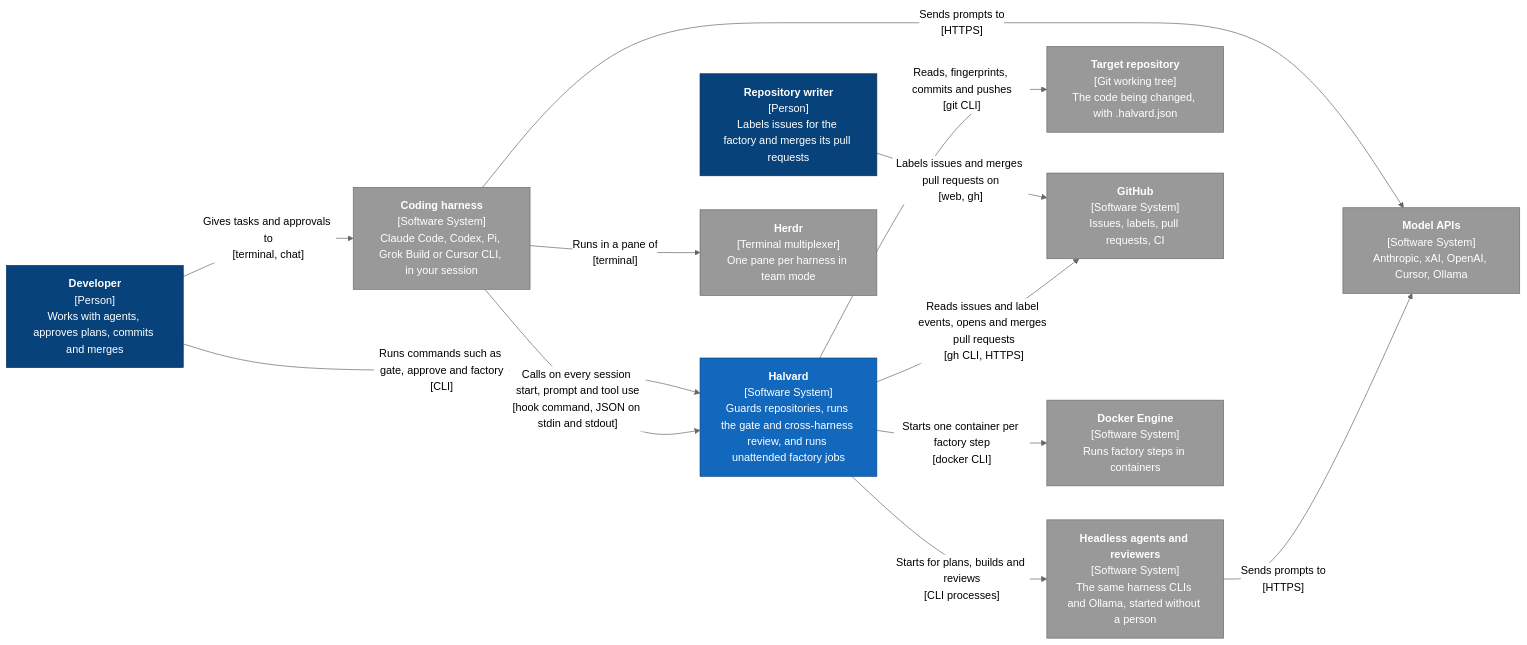
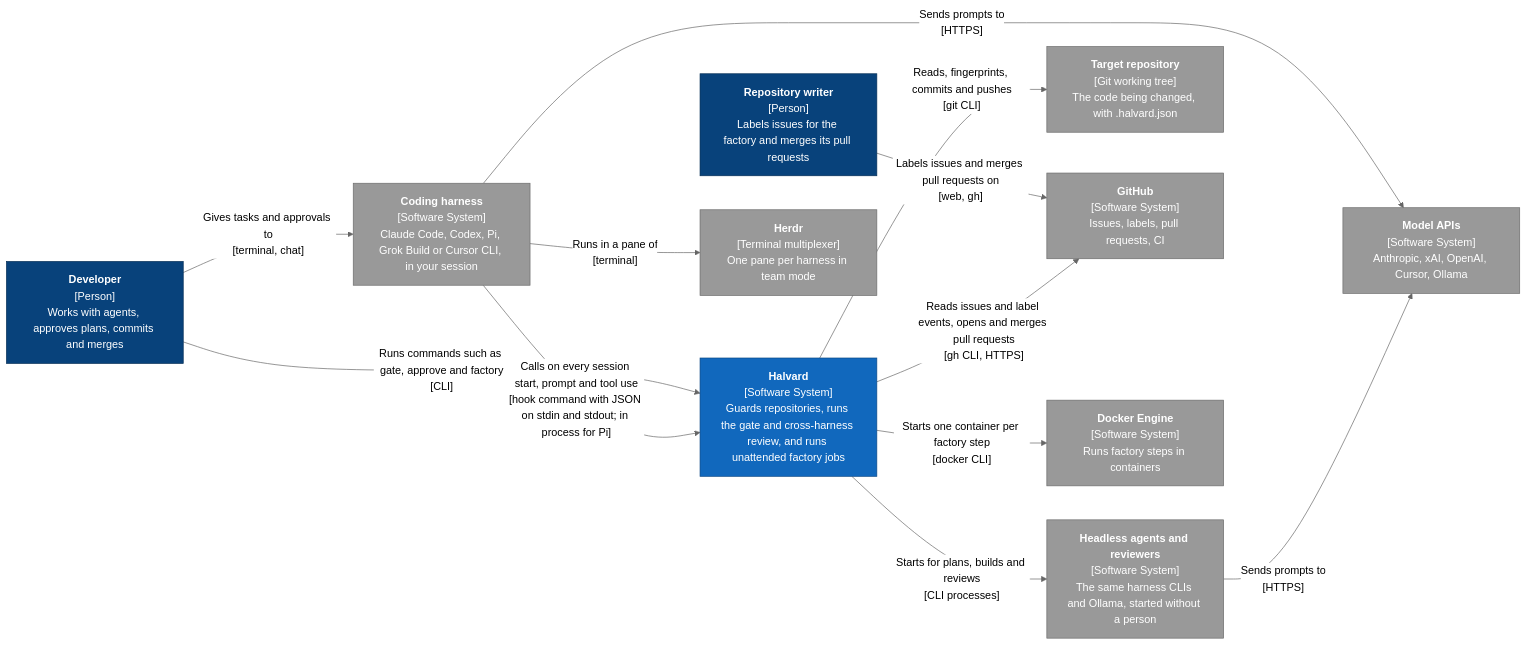
Before and after one commit to ghulando/halvard: the first of 7 diagrams in docs/architecture.md, drawn with Mermaid (neutral theme). The commit also changed other lines of this file and 1 other file, not shown here.

First line of the commit message:
Correct the architecture document after review

````diff
--- a/docs/architecture.md
+++ b/docs/architecture.md
@@ -22,34 +23,34 @@
 ```mermaid
 flowchart LR
     dev["<b>Developer</b><br/>[Person]<br/>Works with agents, approves plans, commits and merges"]
     maint["<b>Repository writer</b><br/>[Person]<br/>Labels issues for the factory and merges its pull requests"]
 
     halvard["<b>Halvard</b><br/>[Software System]<br/>Guards repositories, runs the gate and cross-harness review, and runs unattended factory jobs"]
 
     harness["<b>Coding harness</b><br/>[Software System]<br/>Claude Code, Codex, Pi, Grok Build or Cursor CLI, in your session"]
     headless["<b>Headless agents and reviewers</b><br/>[Software System]<br/>The same harness CLIs and Ollama, started without a person"]
     repo["<b>Target repository</b><br/>[Git working tree]<br/>The code being changed, with .halvard.json"]
     github["<b>GitHub</b><br/>[Software System]<br/>Issues, labels, pull requests, CI"]
     herdr["<b>Herdr</b><br/>[Terminal multiplexer]<br/>One pane per harness in team mode"]
     docker["<b>Docker Engine</b><br/>[Software System]<br/>Runs factory steps in containers"]
     models["<b>Model APIs</b><br/>[Software System]<br/>Anthropic, xAI, OpenAI, Cursor, Ollama"]
 
     dev -- "Gives tasks and approvals to<br/>[terminal, chat]" --> harness
     dev -- "Runs commands such as gate, approve and factory<br/>[CLI]" --> halvard
     maint -- "Labels issues and merges pull requests on<br/>[web, gh]" --> github
-    harness -- "Calls on every session start, prompt and tool use<br/>[hook command, JSON on stdin and stdout]" --> halvard
+    harness -- "Calls on every session start, prompt and tool use<br/>[hook command with JSON on stdin and stdout; in process for Pi]" --> halvard
     harness -- "Sends prompts to<br/>[HTTPS]" --> models
     halvard -- "Reads, fingerprints, commits and pushes<br/>[git CLI]" --> repo
     halvard -- "Starts for plans, builds and reviews<br/>[CLI processes]" --> headless
     headless -- "Sends prompts to<br/>[HTTPS]" --> models
     halvard -- "Reads issues and label events, opens and merges pull requests<br/>[gh CLI, HTTPS]" --> github
     halvard -- "Starts one container per factory step<br/>[docker CLI]" --> docker
     harness -- "Runs in a pane of<br/>[terminal]" --> herdr
 
     classDef person fill:#08427b,stroke:#052e56,color:#ffffff
     classDef system fill:#1168bd,stroke:#0b4884,color:#ffffff
     classDef external fill:#999999,stroke:#6b6b6b,color:#ffffff
     class dev,maint person
     class halvard system
     class harness,headless,repo,github,herdr,docker,models external
 ```
````
